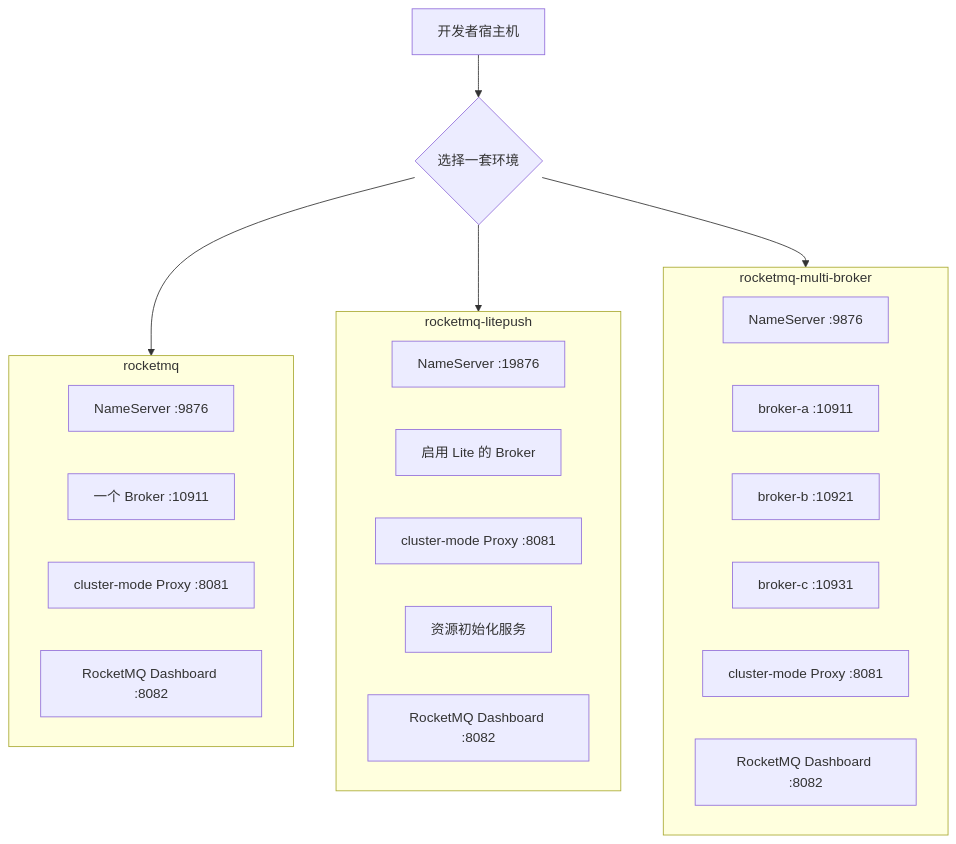
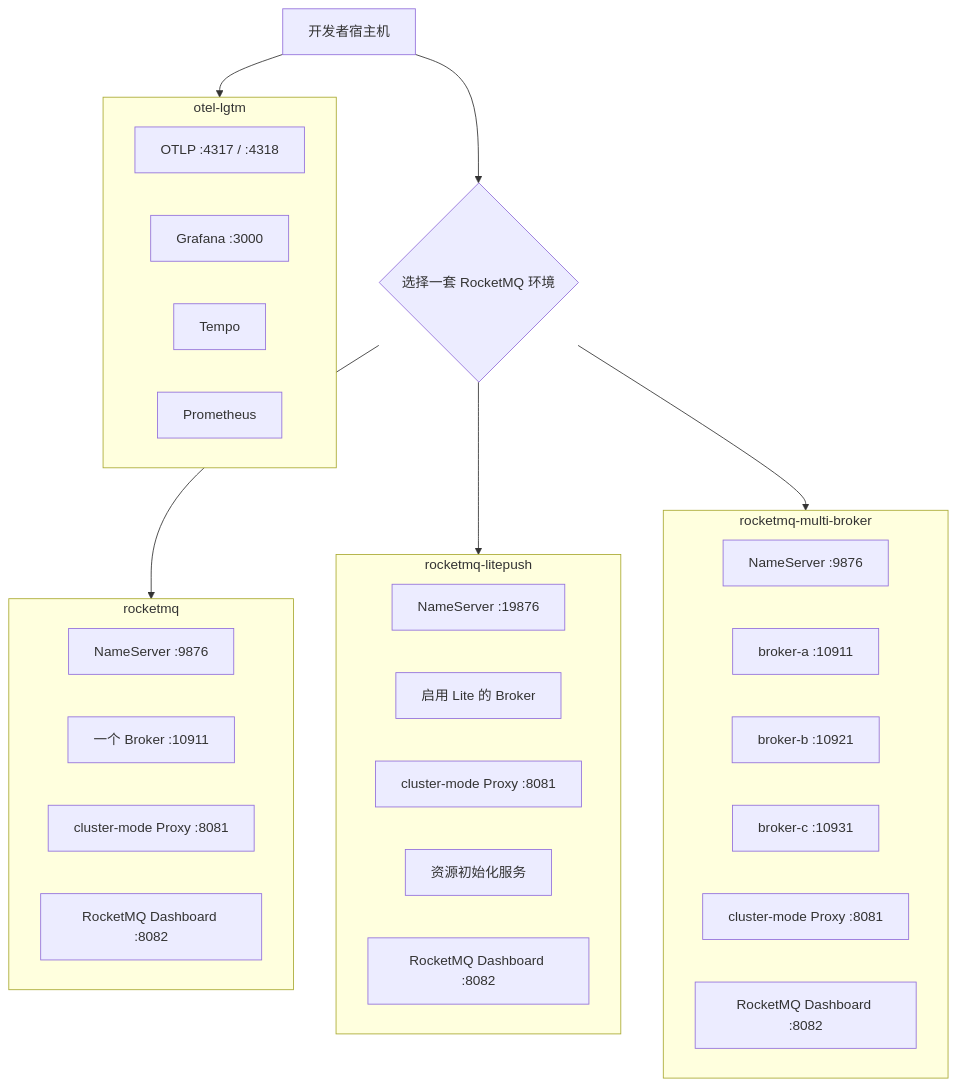
The diagram in test-environments/README.zh-CN.md (eventhorizon-cli/EventHorizon.RocketMQ), drawn with Mermaid before and after one commit. The commit also changed other lines of this file and 153 other files, not shown here.

````diff
--- a/test-environments/README.zh-CN.md
+++ b/test-environments/README.zh-CN.md
@@ -28,34 +30,42 @@
 ```mermaid
 flowchart TB
     Host[开发者宿主机]
-    Choose{选择一套环境}
+    Choose{选择一套 RocketMQ 环境}
 
     subgraph Single[rocketmq]
         SingleNs[NameServer :9876]
         SingleBroker[一个 Broker :10911]
         SingleProxy[cluster-mode Proxy :8081]
         SingleDashboard[RocketMQ Dashboard :8082]
     end
 
     subgraph Lite[rocketmq-litepush]
         LiteNs[NameServer :19876]
         LiteBroker[启用 Lite 的 Broker]
         LiteProxy[cluster-mode Proxy :8081]
         LiteInit[资源初始化服务]
         LiteDashboard[RocketMQ Dashboard :8082]
     end
 
     subgraph Multi[rocketmq-multi-broker]
         MultiNs[NameServer :9876]
         BrokerA[broker-a :10911]
         BrokerB[broker-b :10921]
         BrokerC[broker-c :10931]
         MultiProxy[cluster-mode Proxy :8081]
         MultiDashboard[RocketMQ Dashboard :8082]
     end
 
+    subgraph Lgtm[otel-lgtm]
+        Collector[OTLP :4317 / :4318]
+        Grafana[Grafana :3000]
+        Tempo[Tempo]
+        Prometheus[Prometheus]
+    end
+
     Host --> Choose
     Choose --> Single
     Choose --> Lite
     Choose --> Multi
+    Host --> Lgtm
 ```
````
